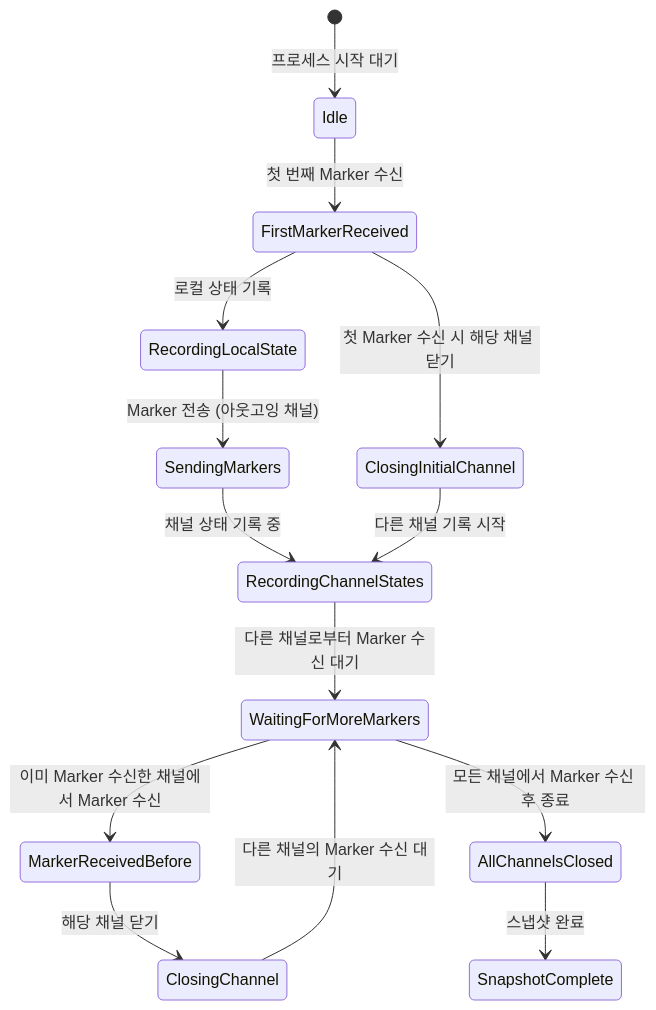
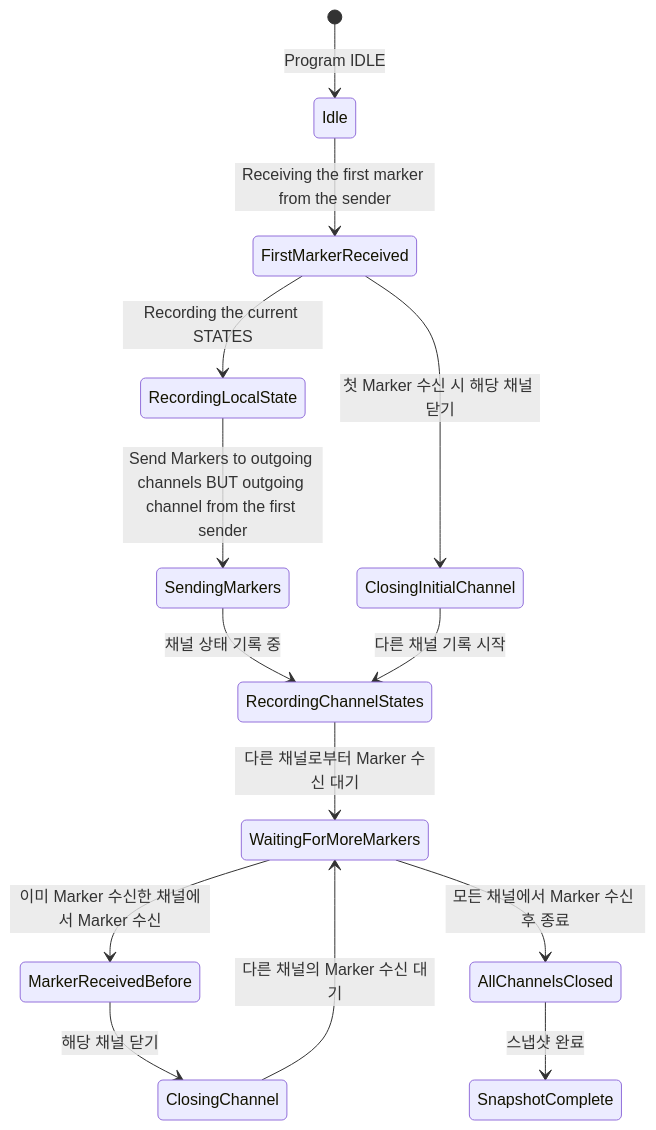
The fourth of 4 diagrams in FSM - Chandy Lamport.md (beom529/notes), drawn with Mermaid before and after one commit.

Commit message:
vault backup: 2024-10-01 17:03:00

````diff
--- a/FSM - Chandy Lamport.md
+++ b/FSM - Chandy Lamport.md
@@ -51,19 +51,19 @@
 ```mermaid
 stateDiagram-v2
-    [*] --> Idle: 프로세스 시작 대기
-    Idle --> FirstMarkerReceived: 첫 번째 Marker 수신
-    FirstMarkerReceived --> RecordingLocalState: 로컬 상태 기록
-    RecordingLocalState --> SendingMarkers: Marker 전송 (아웃고잉 채널)
+    [*] --> Idle: Program IDLE
+    Idle --> FirstMarkerReceived: Receiving the first marker from the sender
+    FirstMarkerReceived --> RecordingLocalState: Recording the current STATES
+    RecordingLocalState --> SendingMarkers: Send Markers to outgoing channels BUT outgoing channel from the first sender
     SendingMarkers --> RecordingChannelStates: 채널 상태 기록 중
     RecordingChannelStates --> WaitingForMoreMarkers: 다른 채널로부터 Marker 수신 대기
 
     WaitingForMoreMarkers --> MarkerReceivedBefore: 이미 Marker 수신한 채널에서 Marker 수신
     MarkerReceivedBefore --> ClosingChannel: 해당 채널 닫기
     ClosingChannel --> WaitingForMoreMarkers: 다른 채널의 Marker 수신 대기
 
     WaitingForMoreMarkers --> AllChannelsClosed: 모든 채널에서 Marker 수신 후 종료
     AllChannelsClosed --> SnapshotComplete: 스냅샷 완료
 
     FirstMarkerReceived --> ClosingInitialChannel: 첫 Marker 수신 시 해당 채널 닫기
     ClosingInitialChannel --> RecordingChannelStates: 다른 채널 기록 시작
 ```
````
